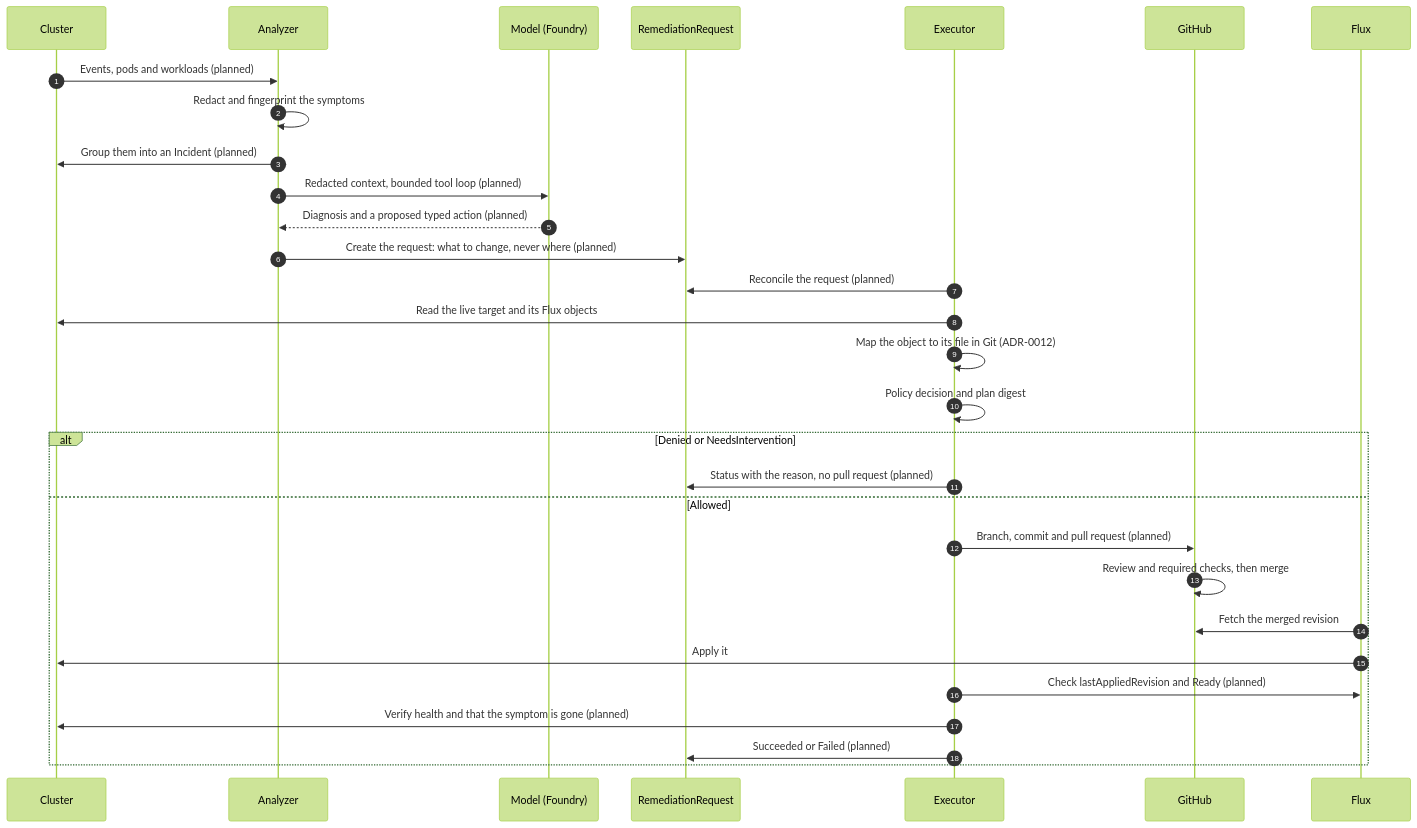
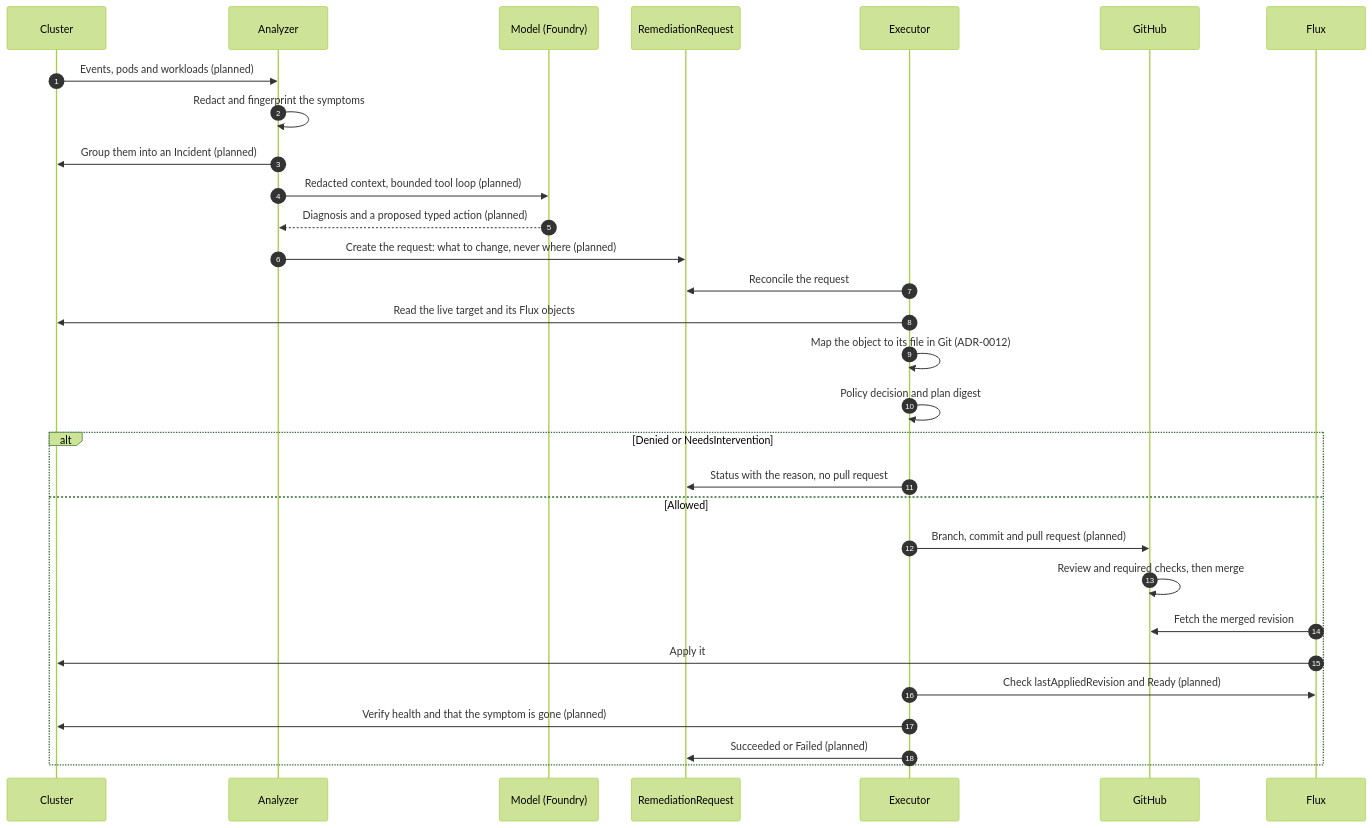
Before and after one commit to pkalin/shadewright: the first of 5 diagrams in docs/design.md, drawn with Mermaid (forest theme). The commit also changed other lines of this file and 14 other files, not shown here.

````diff
--- a/docs/design.md
+++ b/docs/design.md
@@ -41,32 +41,32 @@
 ```mermaid
 sequenceDiagram
     autonumber
     participant K as Cluster
     participant A as Analyzer
     participant M as Model (Foundry)
     participant R as RemediationRequest
     participant E as Executor
     participant G as GitHub
     participant F as Flux
     K->>A: Events, pods and workloads (planned)
     A->>A: Redact and fingerprint the symptoms
     A->>K: Group them into an Incident (planned)
     A->>M: Redacted context, bounded tool loop (planned)
     M-->>A: Diagnosis and a proposed typed action (planned)
     A->>R: Create the request: what to change, never where (planned)
-    E->>R: Reconcile the request (planned)
+    E->>R: Reconcile the request
     E->>K: Read the live target and its Flux objects
     E->>E: Map the object to its file in Git (ADR-0012)
     E->>E: Policy decision and plan digest
     alt Denied or NeedsIntervention
-        E->>R: Status with the reason, no pull request (planned)
+        E->>R: Status with the reason, no pull request
     else Allowed
         E->>G: Branch, commit and pull request (planned)
         G->>G: Review and required checks, then merge
         F->>G: Fetch the merged revision
         F->>K: Apply it
         E->>F: Check lastAppliedRevision and Ready (planned)
         E->>K: Verify health and that the symptom is gone (planned)
         E->>R: Succeeded or Failed (planned)
     end
 ```
````
